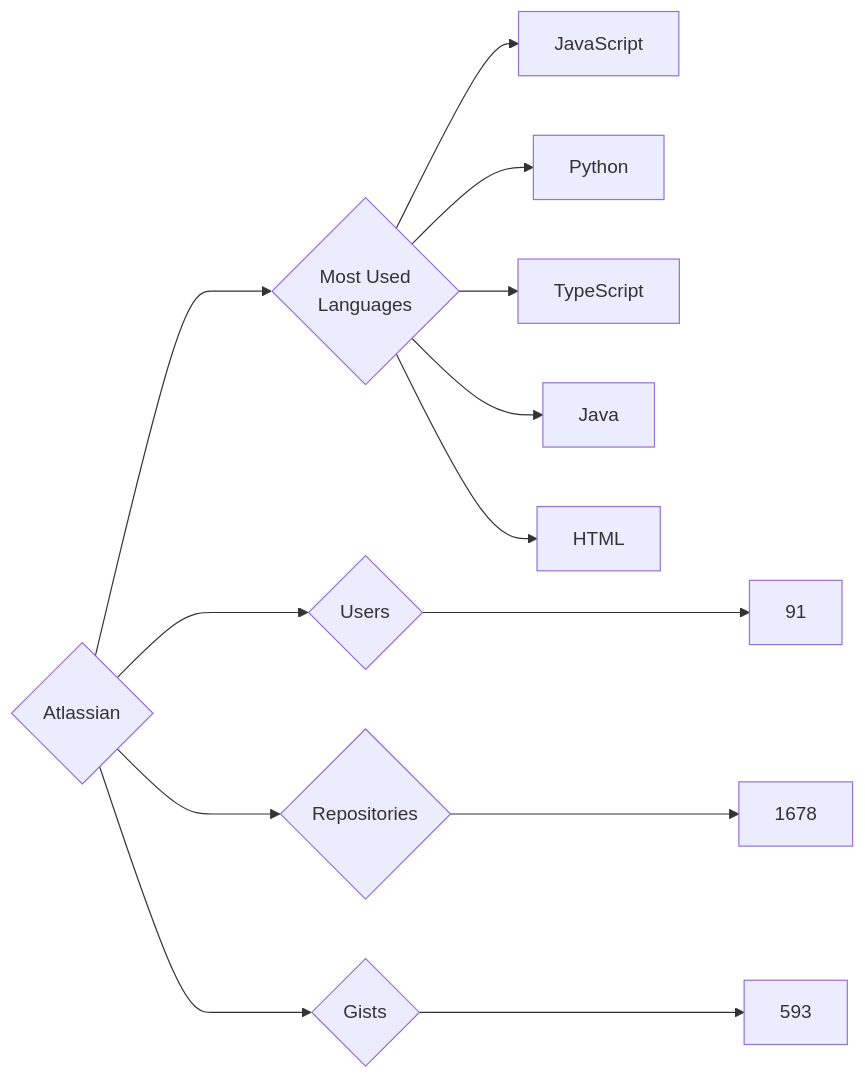
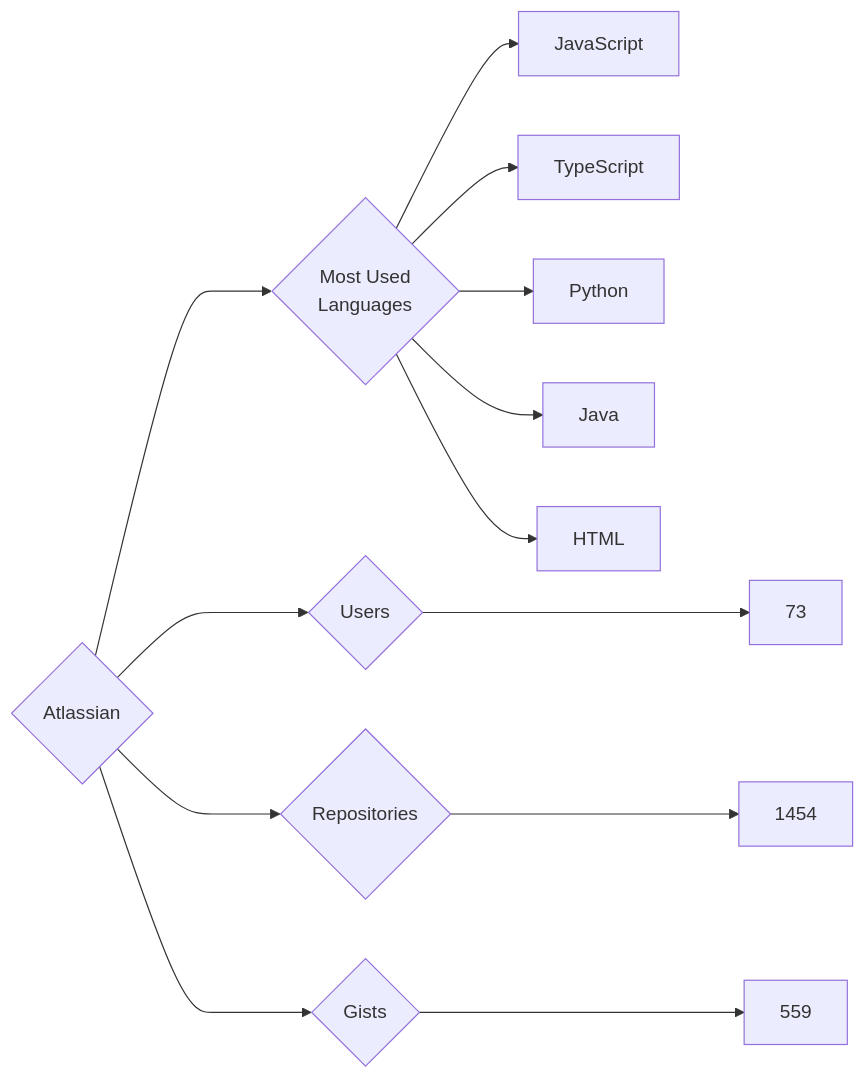
Before and after one commit to trickest/insiders: the diagram in targets/Atlassian/README.md, drawn with Mermaid. The commit also changed 894 other files, not shown here.

````diff
--- a/targets/Atlassian/README.md
+++ b/targets/Atlassian/README.md
@@ -3,13 +3,13 @@
 ```mermaid
 graph LR
 COMPANY_NAME{Atlassian}
-COMPANY_NAME ---> U{Users} ---> UN[91]
-COMPANY_NAME ---> R{Repositories} ---> RN[1678]
-COMPANY_NAME ---> G{Gists} ---> GN[593]
+COMPANY_NAME ---> U{Users} ---> UN[73]
+COMPANY_NAME ---> R{Repositories} ---> RN[1454]
+COMPANY_NAME ---> G{Gists} ---> GN[559]
 COMPANY_NAME ---> ML{Most Used<br>Languages}
 ML --> JavaScript[JavaScript]
+ML --> TypeScript[TypeScript]
 ML --> Python[Python]
-ML --> TypeScript[TypeScript]
 ML --> Java[Java]
 ML --> HTML[HTML]
 ```
````
